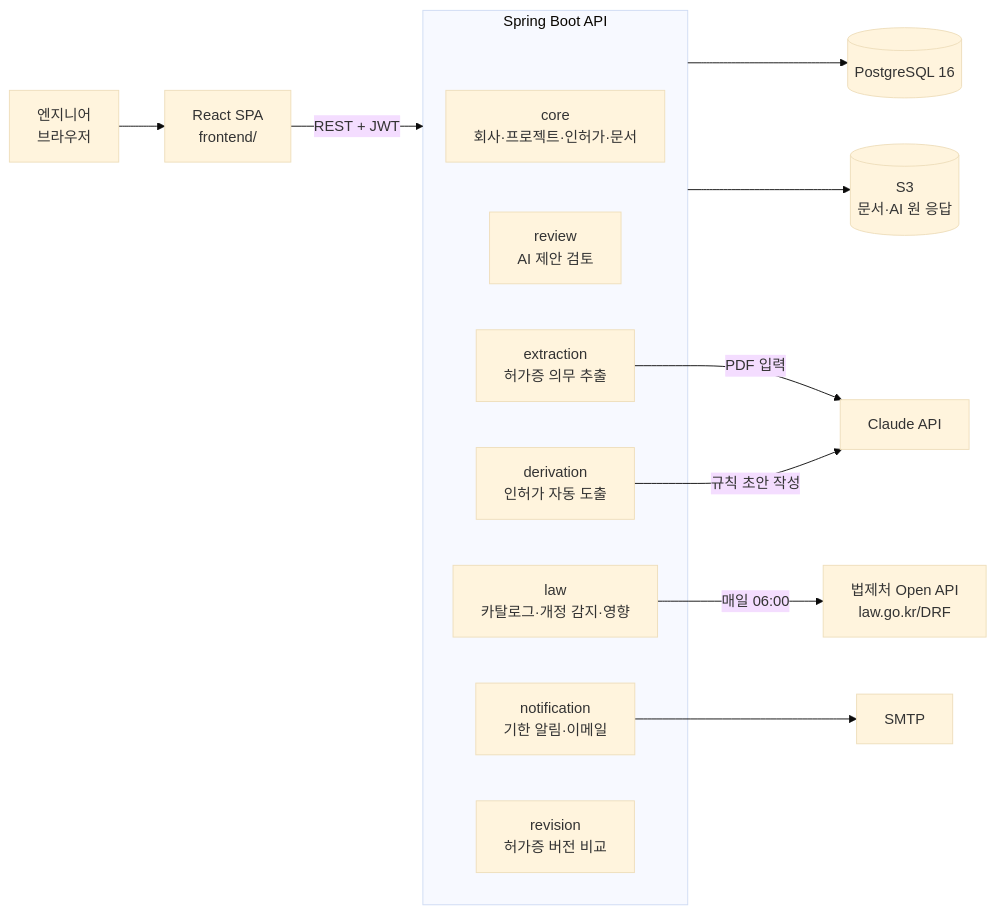
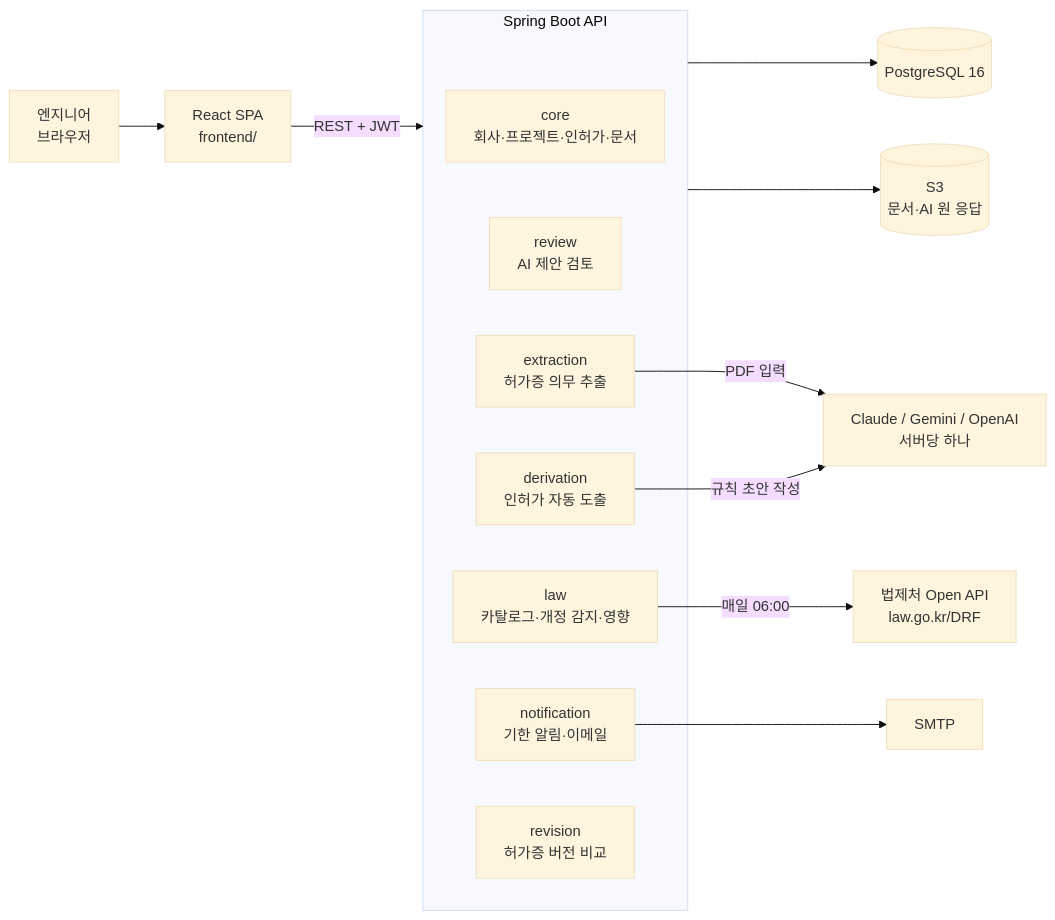
The first of 7 diagrams in docs/ARCHITECTURE.md (Dawit-lee/Environmental-License-System), drawn with Mermaid (base theme) before and after one commit. The commit also changed other lines of this file and 5 other files, not shown here.

First line of the commit message:
Update README and architecture status to match what is implemented

````diff
--- a/docs/ARCHITECTURE.md
+++ b/docs/ARCHITECTURE.md
@@ -17,22 +17,22 @@
 ```mermaid
 flowchart LR
   U[엔지니어<br/>브라우저] --> FE[React SPA<br/>frontend/]
   FE -->|REST + JWT| API
 
   subgraph API[Spring Boot API]
     CORE[core<br/>회사·프로젝트·인허가·문서]
     REV[review<br/>AI 제안 검토]
     EXT[extraction<br/>허가증 의무 추출]
     DER[derivation<br/>인허가 자동 도출]
     LAW[law<br/>카탈로그·개정 감지·영향]
     NOTI[notification<br/>기한 알림·이메일]
     VER[revision<br/>허가증 버전 비교]
   end
 
   API --> DB[(PostgreSQL 16)]
   API --> S3[(S3<br/>문서·AI 원 응답)]
-  EXT -->|PDF 입력| LLM[Claude API]
+  EXT -->|PDF 입력| LLM[Claude / Gemini / OpenAI<br/>서버당 하나]
   DER -->|규칙 초안 작성| LLM
   LAW -->|매일 06:00| DRF[법제처 Open API<br/>law.go.kr/DRF]
   NOTI --> MAIL[SMTP]
 ```
````
